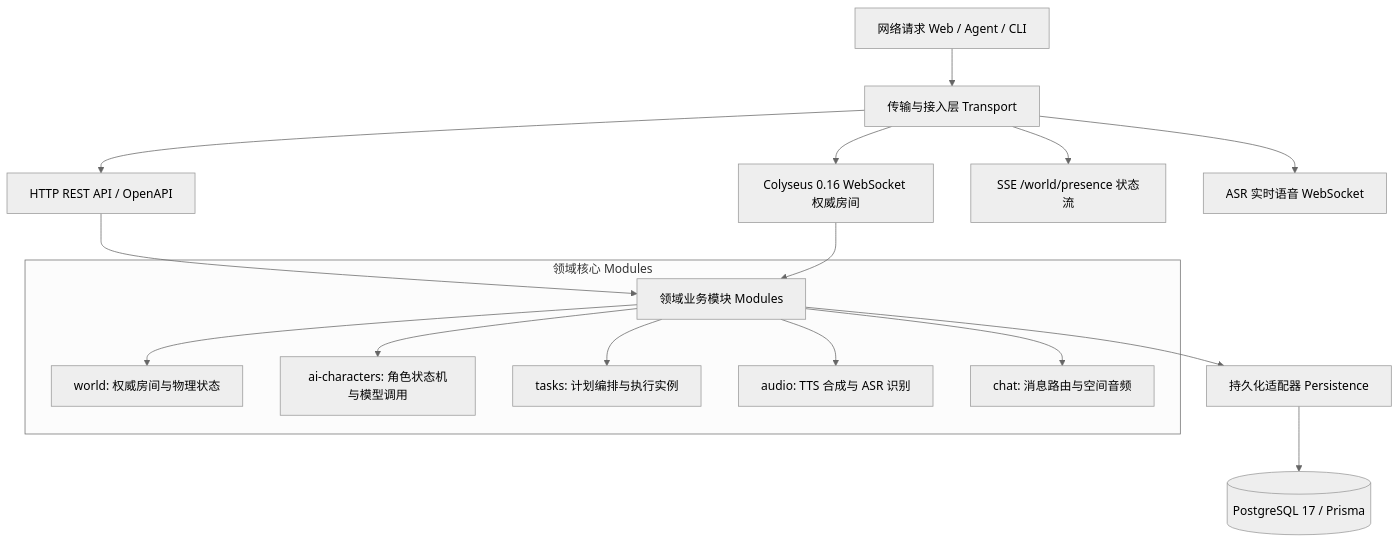
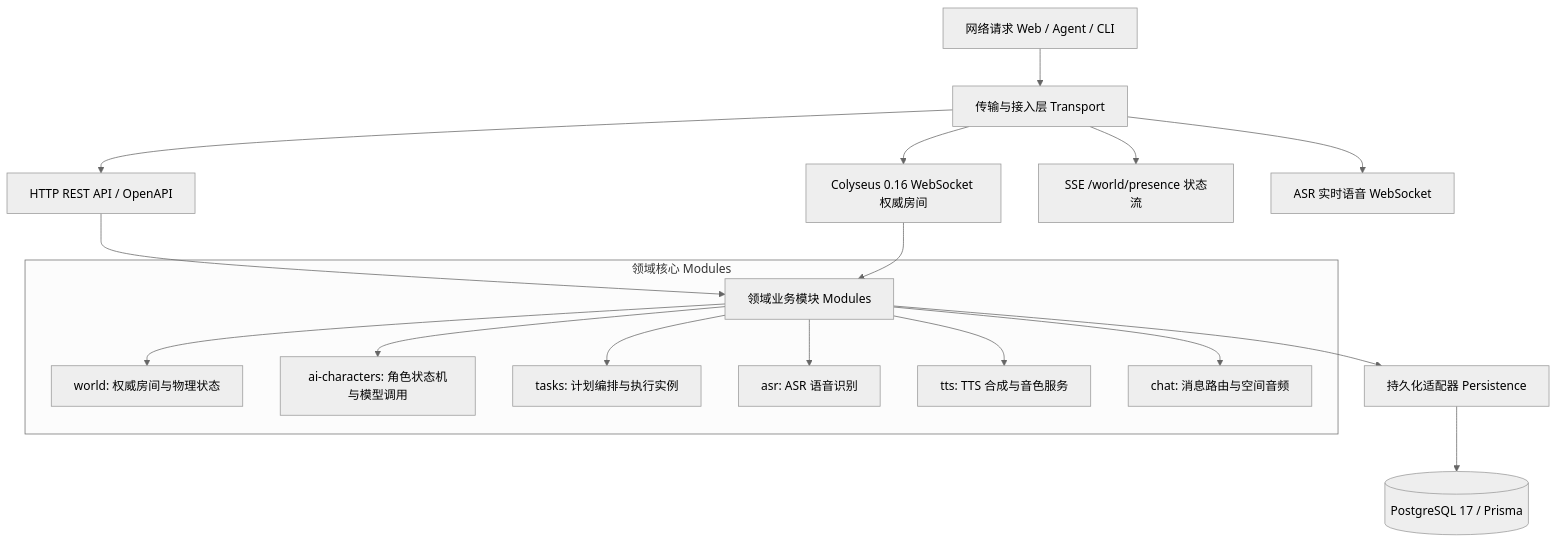
One commit to lulabs-org/embocraft changed the first of 2 diagrams in docs/guide/architecture.md. Above: the diagram before and after it, drawn with Mermaid (neutral theme). The commit also changed other lines of this file and 103 other files, not shown here.

First line of the commit message:
refactor(audio): split audio module into asr, tts, core/audio, and world services

````diff
--- a/docs/guide/architecture.md
+++ b/docs/guide/architecture.md
@@ -51,21 +51,22 @@
 ```mermaid
 graph TD
     Client[网络请求 Web / Agent / CLI] --> Gateway[传输与接入层 Transport]
     Gateway --> Express[HTTP REST API / OpenAPI]
     Gateway --> Colyseus[Colyseus 0.16 WebSocket 权威房间]
     Gateway --> SSE[SSE /world/presence 状态流]
     Gateway --> ASR_WS[ASR 实时语音 WebSocket]
 
     Express & Colyseus --> Domains[领域业务模块 Modules]
 
     subgraph 领域核心 Modules
         Domains --> WorldMod[world: 权威房间与物理状态]
         Domains --> AgentMod[ai-characters: 角色状态机与模型调用]
         Domains --> TaskMod[tasks: 计划编排与执行实例]
-        Domains --> AudioMod[audio: TTS 合成与 ASR 识别]
+        Domains --> AsrMod[asr: ASR 语音识别]
+        Domains --> TtsMod[tts: TTS 合成与音色服务]
         Domains --> ChatMod[chat: 消息路由与空间音频]
     end
 
     Domains --> Storage[持久化适配器 Persistence]
     Storage --> PostgreSQL[(PostgreSQL 17 / Prisma)]
 ```
````
